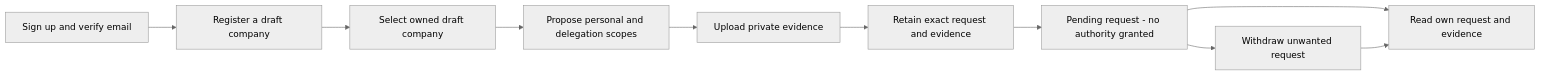
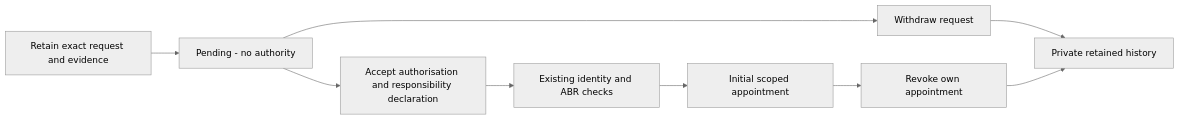
The diagram in docs/plans/company-managed-registers/authority-requests.md (Ledova/ledova), drawn with Mermaid (neutral theme) before and after one commit. The commit also changed other lines of this file and 57 other files, not shown here.

Commit message:
feat(#862): admit initial self-declared company appointments

````diff
--- a/docs/plans/company-managed-registers/authority-requests.md
+++ b/docs/plans/company-managed-registers/authority-requests.md
@@ -36,12 +45,11 @@
 ```mermaid
 flowchart LR
-    signup[Sign up and verify email] --> draft[Register a draft company]
-    draft --> select[Select owned draft company]
-    select --> terms[Propose personal and delegation scopes]
-    terms --> evidence[Upload private evidence]
-    evidence --> capture[Retain exact request and evidence]
-    capture --> pending[Pending request - no authority granted]
-    pending --> history[Read own request and evidence]
-    pending --> withdraw[Withdraw unwanted request]
-    withdraw --> history
+    capture[Retain exact request and evidence] --> pending[Pending - no authority]
+    pending --> withdraw[Withdraw request]
+    pending --> declaration[Accept authorisation and responsibility declaration]
+    declaration --> checks[Existing identity and ABR checks]
+    checks --> appointment[Initial scoped appointment]
+    appointment --> revoke[Revoke own appointment]
+    withdraw --> history[Private retained history]
+    revoke --> history
 ```
````
